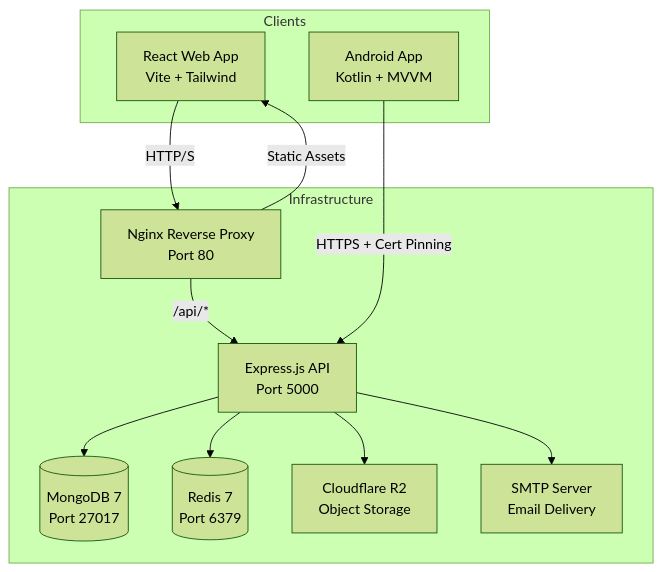
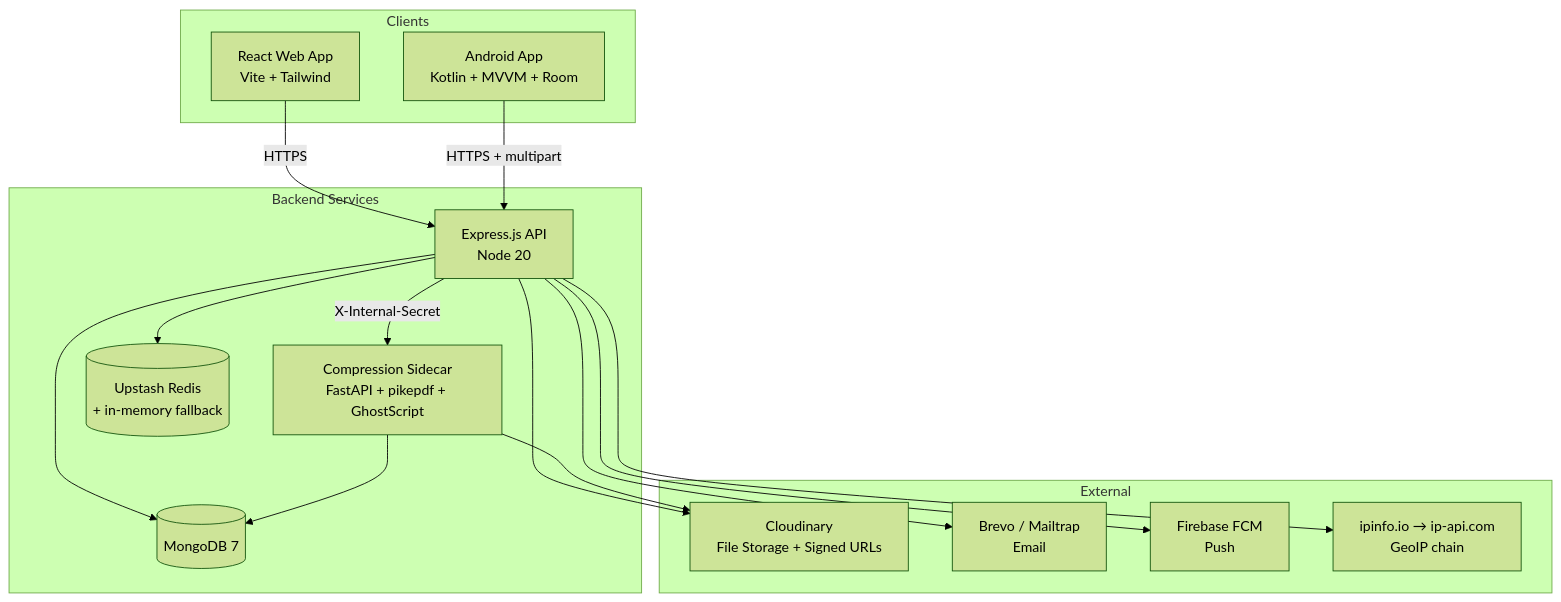
The first of 4 diagrams in README.md (urvagandhi/Hospital-Management), drawn with Mermaid (forest theme) before and after one commit. The commit also changed other lines of this file and 5 other files, not shown here.

````diff
--- a/README.md
+++ b/README.md
@@ -9,25 +11,33 @@
 ```mermaid
 graph TB
     subgraph Clients
         WEB[React Web App<br/>Vite + Tailwind]
-        ANDROID[Android App<br/>Kotlin + MVVM]
+        ANDROID[Android App<br/>Kotlin + MVVM + Room]
     end
 
-    subgraph Infrastructure
-        NGINX[Nginx Reverse Proxy<br/>Port 80]
-        API[Express.js API<br/>Port 5000]
-        MONGO[(MongoDB 7<br/>Port 27017)]
-        REDIS[(Redis 7<br/>Port 6379)]
-        R2[Cloudflare R2<br/>Object Storage]
-        SMTP[SMTP Server<br/>Email Delivery]
+    subgraph "Backend Services"
+        API[Express.js API<br/>Node 20]
+        SIDECAR[Compression Sidecar<br/>FastAPI + pikepdf + GhostScript]
+        MONGO[(MongoDB 7)]
+        REDIS[(Upstash Redis<br/>+ in-memory fallback)]
     end
 
-    WEB -->|HTTP/S| NGINX
-    NGINX -->|/api/*| API
-    NGINX -->|Static Assets| WEB
-    ANDROID -->|HTTPS + Cert Pinning| API
+    subgraph "External"
+        CLOUDINARY[Cloudinary<br/>File Storage + Signed URLs]
+        BREVO[Brevo / Mailtrap<br/>Email]
+        FCM[Firebase FCM<br/>Push]
+        GEOIP[ipinfo.io → ip-api.com<br/>GeoIP chain]
+    end
+
+    WEB -->|HTTPS| API
+    ANDROID -->|HTTPS + multipart| API
     API --> MONGO
     API --> REDIS
-    API --> R2
-    API --> SMTP
+    API --> CLOUDINARY
+    API --> BREVO
+    API --> FCM
+    API --> GEOIP
+    API -->|X-Internal-Secret| SIDECAR
+    SIDECAR --> CLOUDINARY
+    SIDECAR --> MONGO
 ```
````
